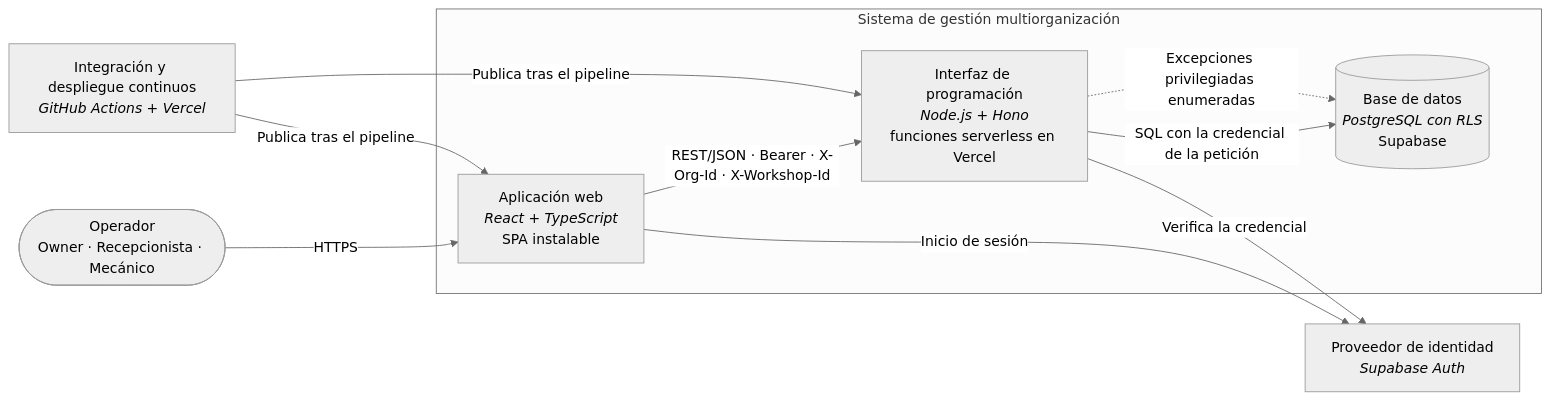
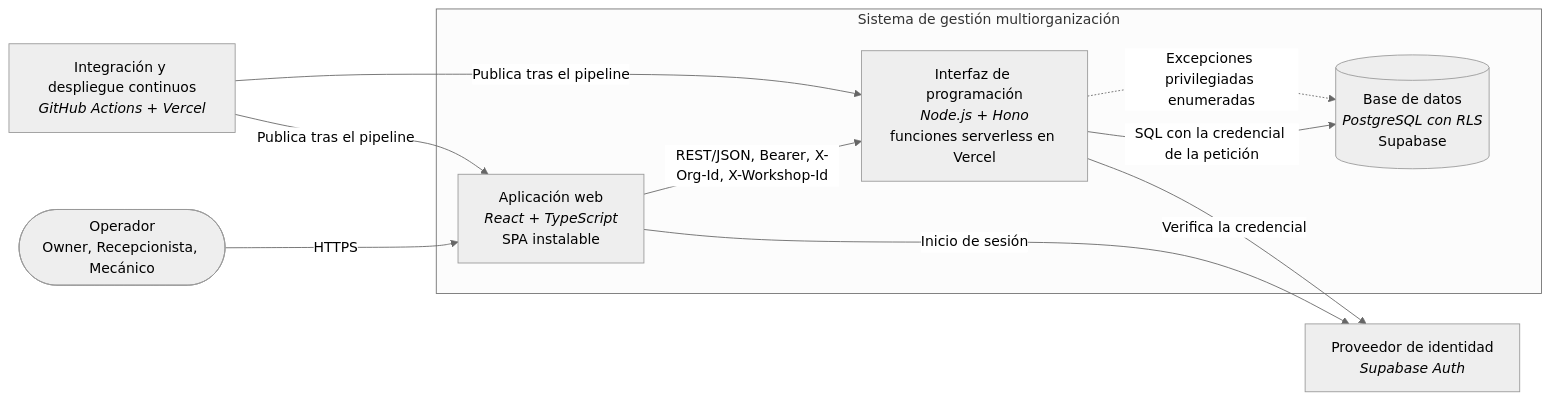
Before and after one commit to dtarqui/MotoCore: the first of 2 diagrams in docs/ingenieria/04-arquitectura.md, drawn with Mermaid (neutral theme). The commit also changed other lines of this file and 19 other files, not shown here.

````diff
--- a/docs/ingenieria/04-arquitectura.md
+++ b/docs/ingenieria/04-arquitectura.md
@@ -38,19 +36,19 @@
 ```mermaid
 flowchart LR
-    op(["Operador<br/>Owner · Recepcionista · Mecánico"])
+    op(["Operador<br/>Owner, Recepcionista, Mecánico"])
     subgraph sistema["Sistema de gestión multiorganización"]
         spa["Aplicación web<br/><i>React + TypeScript</i><br/>SPA instalable"]
         api["Interfaz de programación<br/><i>Node.js + Hono</i><br/>funciones serverless en Vercel"]
         db[("Base de datos<br/><i>PostgreSQL con RLS</i><br/>Supabase")]
     end
     auth["Proveedor de identidad<br/><i>Supabase Auth</i>"]
     ci["Integración y despliegue continuos<br/><i>GitHub Actions + Vercel</i>"]
     op -->|HTTPS| spa
     spa -->|Inicio de sesión| auth
-    spa -->|"REST/JSON · Bearer · X-Org-Id · X-Workshop-Id"| api
+    spa -->|"REST/JSON, Bearer, X-Org-Id, X-Workshop-Id"| api
     api -->|Verifica la credencial| auth
     api -->|"SQL con la credencial de la petición"| db
     api -.->|"Excepciones privilegiadas enumeradas"| db
     ci -->|Publica tras el pipeline| api
     ci -->|Publica tras el pipeline| spa
 ```
````
